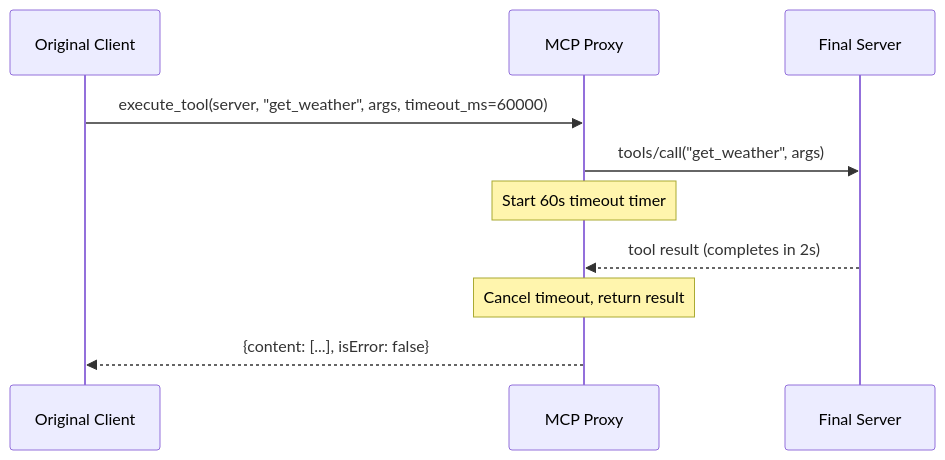
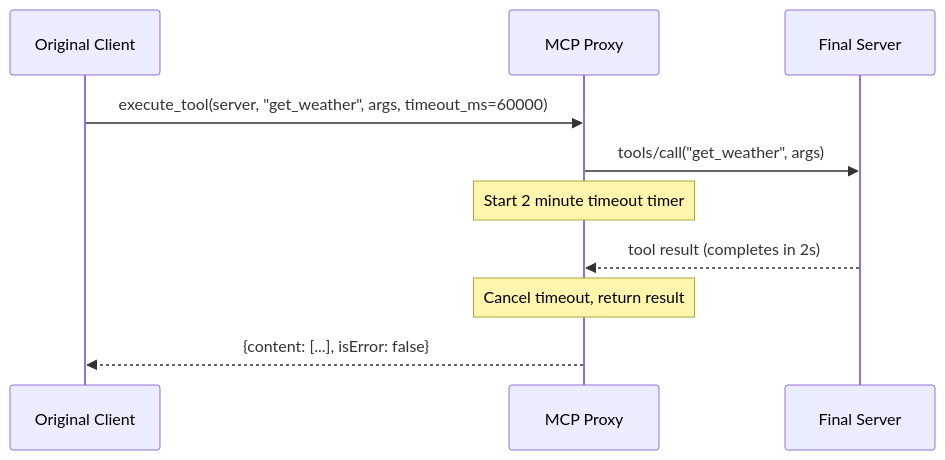
One commit to eastlondoner/mcp-proxy changed the eighth of 9 diagrams in TASKS_AND_ELICITATIONS.md. Above: the diagram before and after it, drawn with Mermaid. The commit also changed other lines of this file and 2 other files, not shown here.

````diff
--- a/TASKS_AND_ELICITATIONS.md
+++ b/TASKS_AND_ELICITATIONS.md
@@ -671,17 +681,17 @@
 ```mermaid
 sequenceDiagram
     participant OC as Original Client
     participant Proxy as MCP Proxy
     participant FS as Final Server
 
     OC->>Proxy: execute_tool(server, "get_weather", args, timeout_ms=60000)
     Proxy->>FS: tools/call("get_weather", args)
 
-    Note over Proxy: Start 60s timeout timer
+    Note over Proxy: Start 2 minute timeout timer
 
     FS-->>Proxy: tool result (completes in 2s)
 
     Note over Proxy: Cancel timeout, return result
 
     Proxy-->>OC: {content: [...], isError: false}
 ```
````
